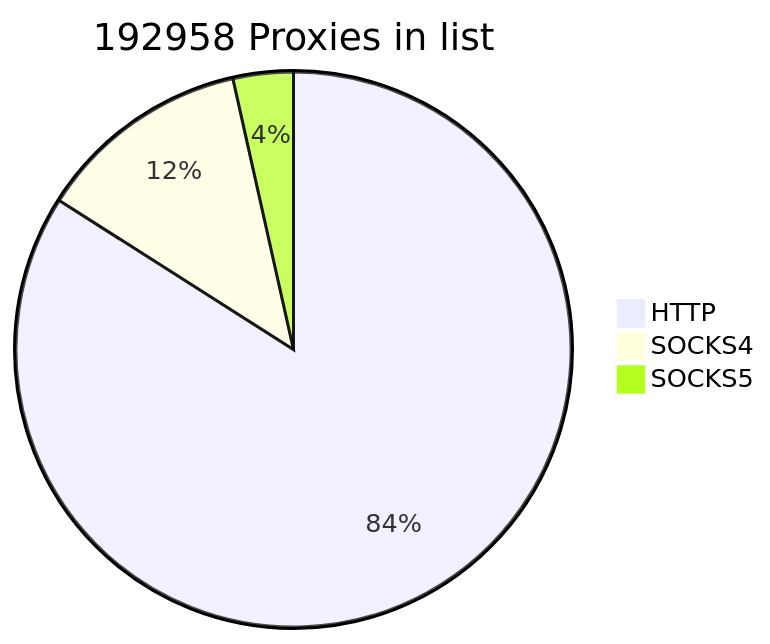
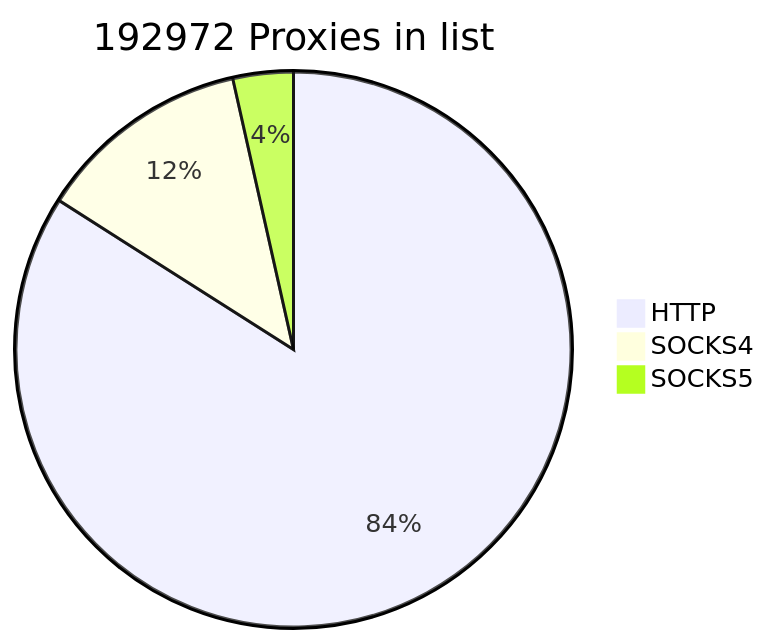
One commit to cutipu/proxylist changed the first of 2 diagrams in README.md. Above: the diagram before and after it, drawn with Mermaid. The commit also changed other lines of this file, not shown here.

````diff
--- a/README.md
+++ b/README.md
@@ -2,7 +2,7 @@
 ```mermaid
-pie title 192958 Proxies in list
+pie title 192972 Proxies in list
     "HTTP" : 162121
-    "SOCKS4" : 24079
-    "SOCKS5" : 6758
+    "SOCKS4" : 24078
+    "SOCKS5" : 6773
             
 ```
````
